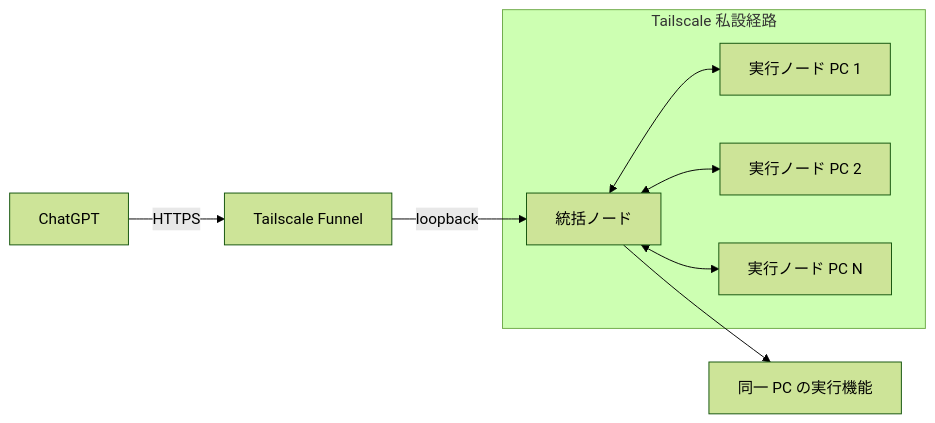
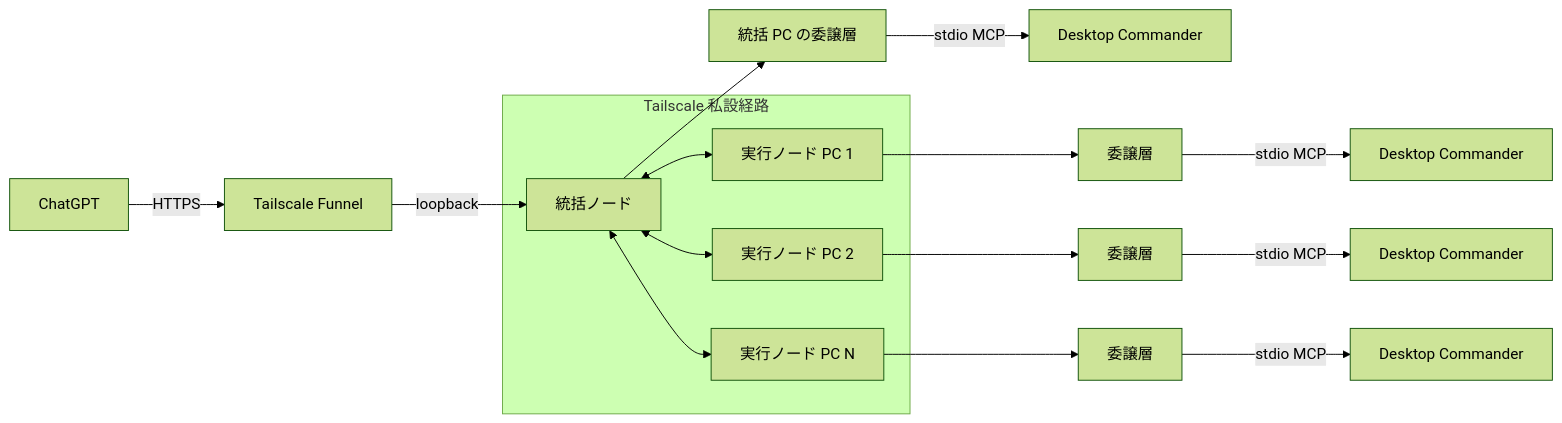
The first of 2 diagrams in doc/design/multi-pc-architecture.md (ssaattww/RemoteDesktopMCP), drawn with Mermaid (forest theme) before and after one commit. The commit also changed other lines of this file and 2 other files, not shown here.

Commit message:
docs: delegate local operations to Desktop Commander

````diff
--- a/doc/design/multi-pc-architecture.md
+++ b/doc/design/multi-pc-architecture.md
@@ -42,12 +42,17 @@
 ```mermaid
 flowchart LR
     ChatGPT[ChatGPT] -->|HTTPS| Funnel[Tailscale Funnel]
     Funnel -->|loopback| C[統括ノード]
-    C --> Local[同一 PC の実行機能]
+    C --> CA[統括 PC の委譲層]
+    CA -->|stdio MCP| CD[Desktop Commander]
 
     subgraph Tailnet[Tailscale 私設経路]
         C <--> P1[実行ノード PC 1]
         C <--> P2[実行ノード PC 2]
         C <--> PN[実行ノード PC N]
     end
+
+    P1 --> P1A[委譲層] -->|stdio MCP| P1D[Desktop Commander]
+    P2 --> P2A[委譲層] -->|stdio MCP| P2D[Desktop Commander]
+    PN --> PNA[委譲層] -->|stdio MCP| PND[Desktop Commander]
 ```
````
